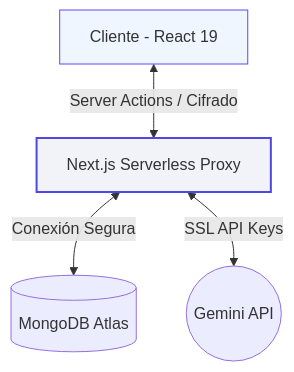
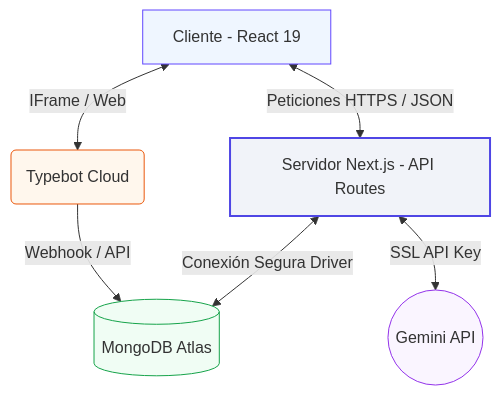
One commit to lisandroib/PRESENTACION-INNOVACV changed the second of 2 diagrams in slides.md. Above: the diagram before and after it, drawn with Mermaid. The commit also changed other lines of this file, not shown here.

````diff
--- a/slides.md
+++ b/slides.md
@@ -148,8 +145,14 @@
 ```mermaid
 graph TD
-  C[Cliente - React 19] <-->|Server Actions / Cifrado| N[Next.js Serverless Proxy]
-  N <-->|Conexión Segura| M[(MongoDB Atlas)]
-  N <-->|SSL API Keys| G((Gemini API))
+  C[Cliente - React 19] <-->|Peticiones HTTPS / JSON| N[Servidor Next.js - API Routes]
+  C <-->|IFrame / Web| T(Typebot Cloud)
+  T -->|Webhook / API| M[(MongoDB Atlas)]
+  N <-->|Conexión Segura Driver| M
+  N <-->|SSL API Key| G((Gemini API))
+  
   style C fill:#eff6ff,stroke:#6147FF,stroke-width:1px
   style N fill:#f1f3f9,stroke:#4f46e5,stroke-width:2px
+  style T fill:#fff7ed,stroke:#ea580c,stroke-width:1px
+  style M fill:#f0fdf4,stroke:#16a34a,stroke-width:1px
+  style G fill:#faf5ff,stroke:#9333ea,stroke-width:1px
 ```
````
